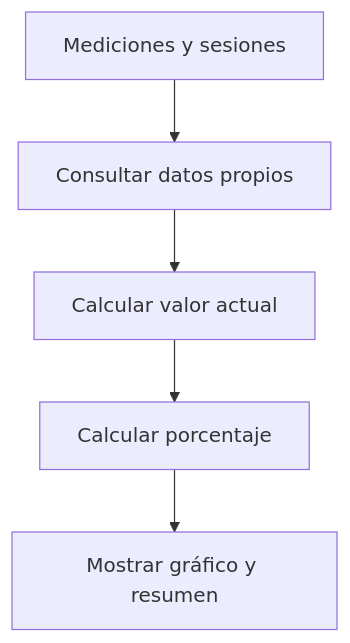
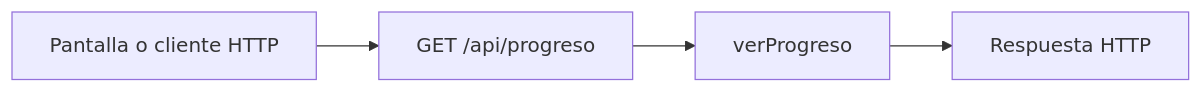
Before and after one commit to tomimeno0/GYM-OS-Preentrega: the diagram in guias/07-mateo-romani.md, drawn with Mermaid. The commit also changed other lines of this file and 10 other files, not shown here.

````diff
--- a/guias/07-mateo-romani.md
+++ b/guias/07-mateo-romani.md
@@ -7,12 +15,7 @@
 ```mermaid
-flowchart TD
-  N0["Mediciones y sesiones"]
-  N1["Consultar datos propios"]
-  N2["Calcular valor actual"]
-  N3["Calcular porcentaje"]
-  N4["Mostrar gráfico y resumen"]
-  N0 --> N1
-  N1 --> N2
-  N2 --> N3
-  N3 --> N4
+flowchart LR
+  P["Pantalla o cliente HTTP"]
+  P --> E0["GET /api/progreso"]
+  E0 --> F0["verProgreso"]
+  F0 --> R["Respuesta HTTP"]
 ```
````
